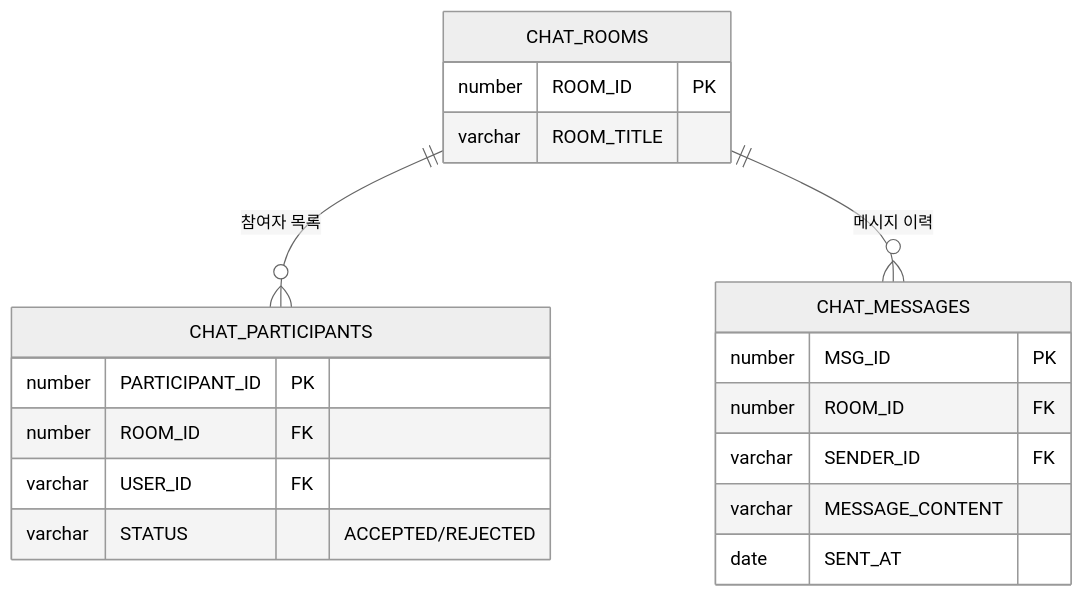
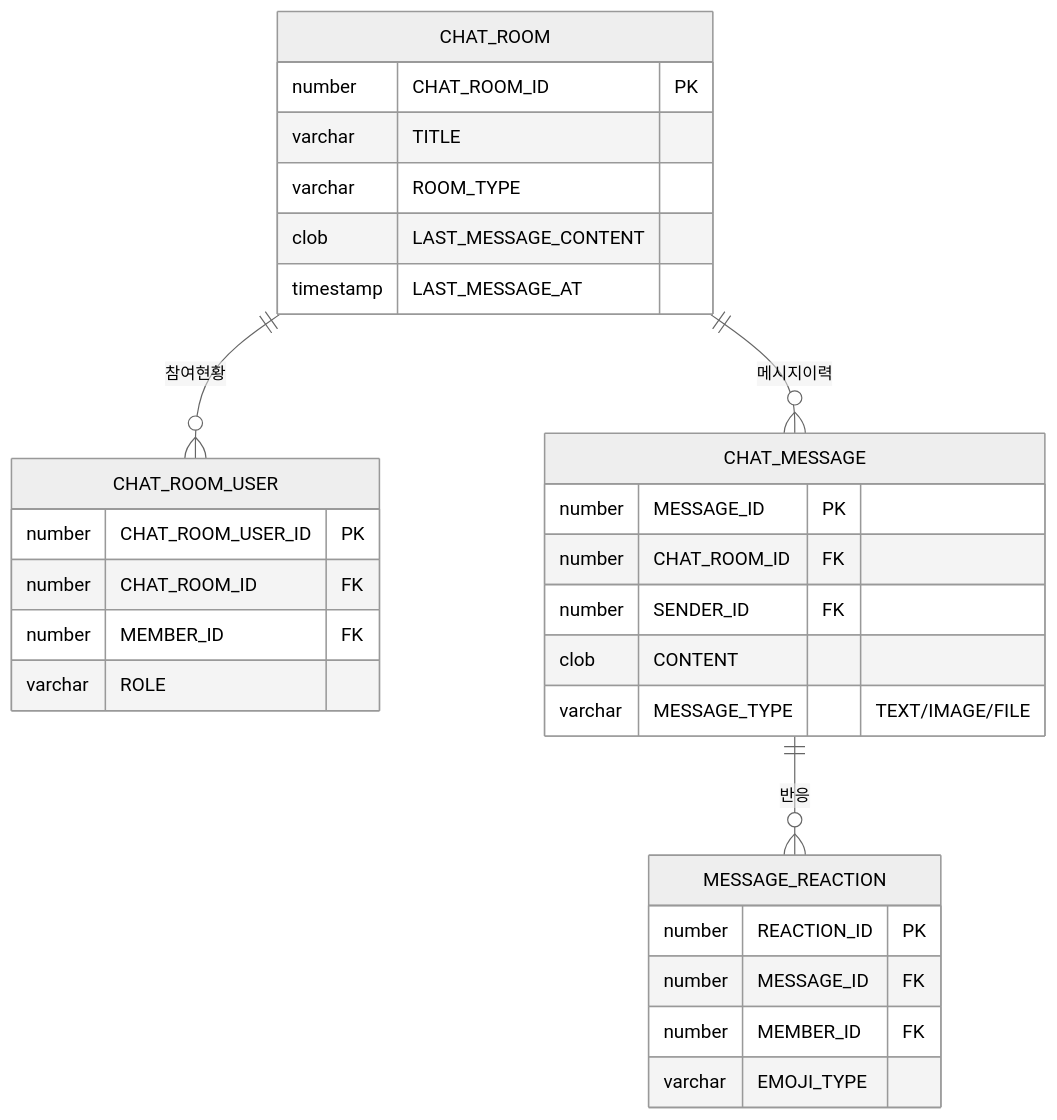
One commit to KJH-Portfolio/202602-Environmenta-Organization changed the third of 5 diagrams in erd.md. Above: the diagram before and after it, drawn with Mermaid (neutral theme). The commit also changed other lines of this file and 4 other files, not shown here.

````diff
--- a/erd.md
+++ b/erd.md
@@ -270,22 +265,32 @@
 ```mermaid
 erDiagram
-    CHAT_ROOMS {
-        number  ROOM_ID PK
-        varchar ROOM_TITLE
+    CHAT_ROOM {
+        number CHAT_ROOM_ID PK
+        varchar TITLE
+        varchar ROOM_TYPE
+        clob LAST_MESSAGE_CONTENT
+        timestamp LAST_MESSAGE_AT
     }
-    CHAT_PARTICIPANTS {
-        number  PARTICIPANT_ID PK
-        number  ROOM_ID FK
-        varchar USER_ID FK
-        varchar STATUS "ACCEPTED/REJECTED"
+    CHAT_ROOM_USER {
+        number CHAT_ROOM_USER_ID PK
+        number CHAT_ROOM_ID FK
+        number MEMBER_ID FK
+        varchar ROLE
     }
-    CHAT_MESSAGES {
-        number  MSG_ID PK
-        number  ROOM_ID FK
-        varchar SENDER_ID FK
-        varchar MESSAGE_CONTENT
-        date    SENT_AT
+    CHAT_MESSAGE {
+        number MESSAGE_ID PK
+        number CHAT_ROOM_ID FK
+        number SENDER_ID FK
+        clob CONTENT
+        varchar MESSAGE_TYPE "TEXT/IMAGE/FILE"
     }
-    CHAT_ROOMS ||--o{ CHAT_PARTICIPANTS : "참여자 목록"
-    CHAT_ROOMS ||--o{ CHAT_MESSAGES : "메시지 이력"
+    MESSAGE_REACTION {
+        number REACTION_ID PK
+        number MESSAGE_ID FK
+        number MEMBER_ID FK
+        varchar EMOJI_TYPE
+    }
+    CHAT_ROOM ||--o{ CHAT_ROOM_USER : "참여현황"
+    CHAT_ROOM ||--o{ CHAT_MESSAGE : "메시지이력"
+    CHAT_MESSAGE ||--o{ MESSAGE_REACTION : "반응"
 ```
````
